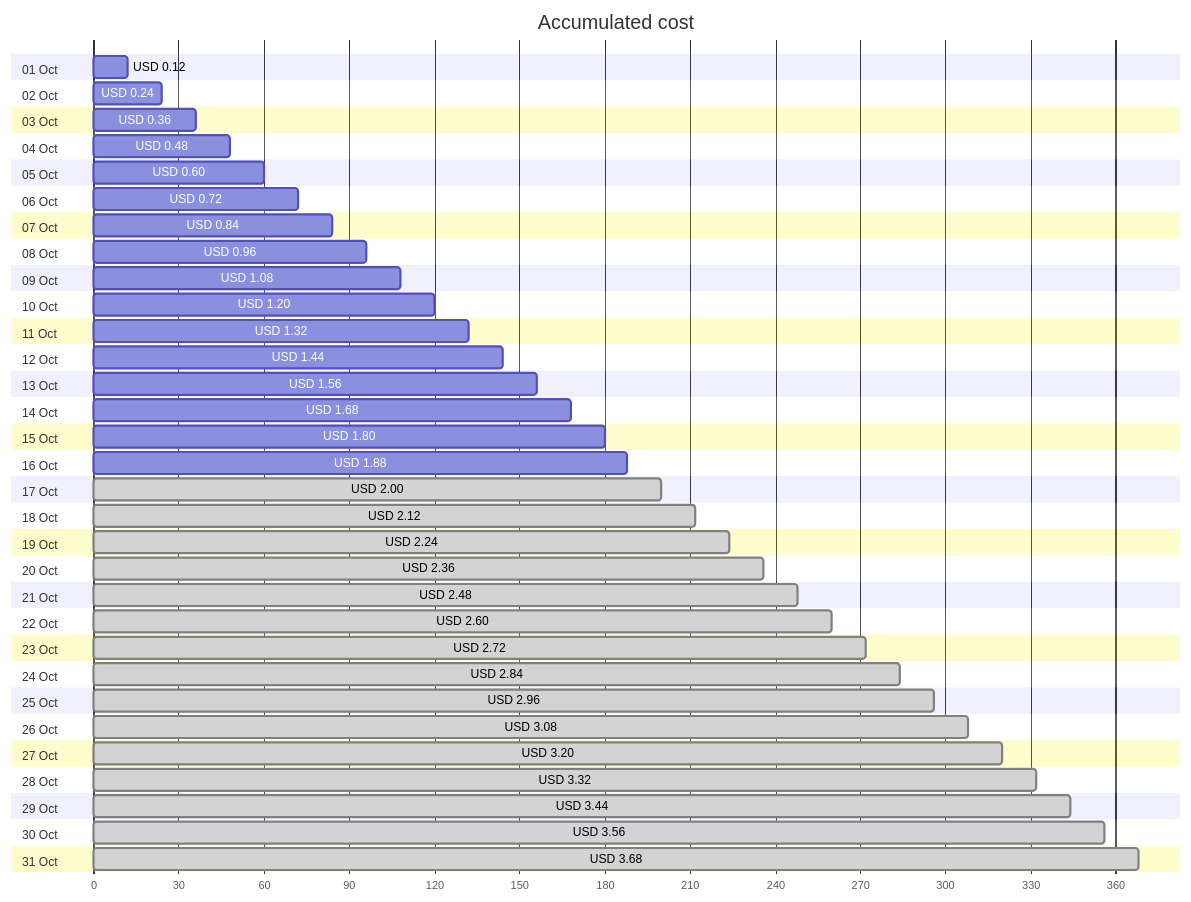
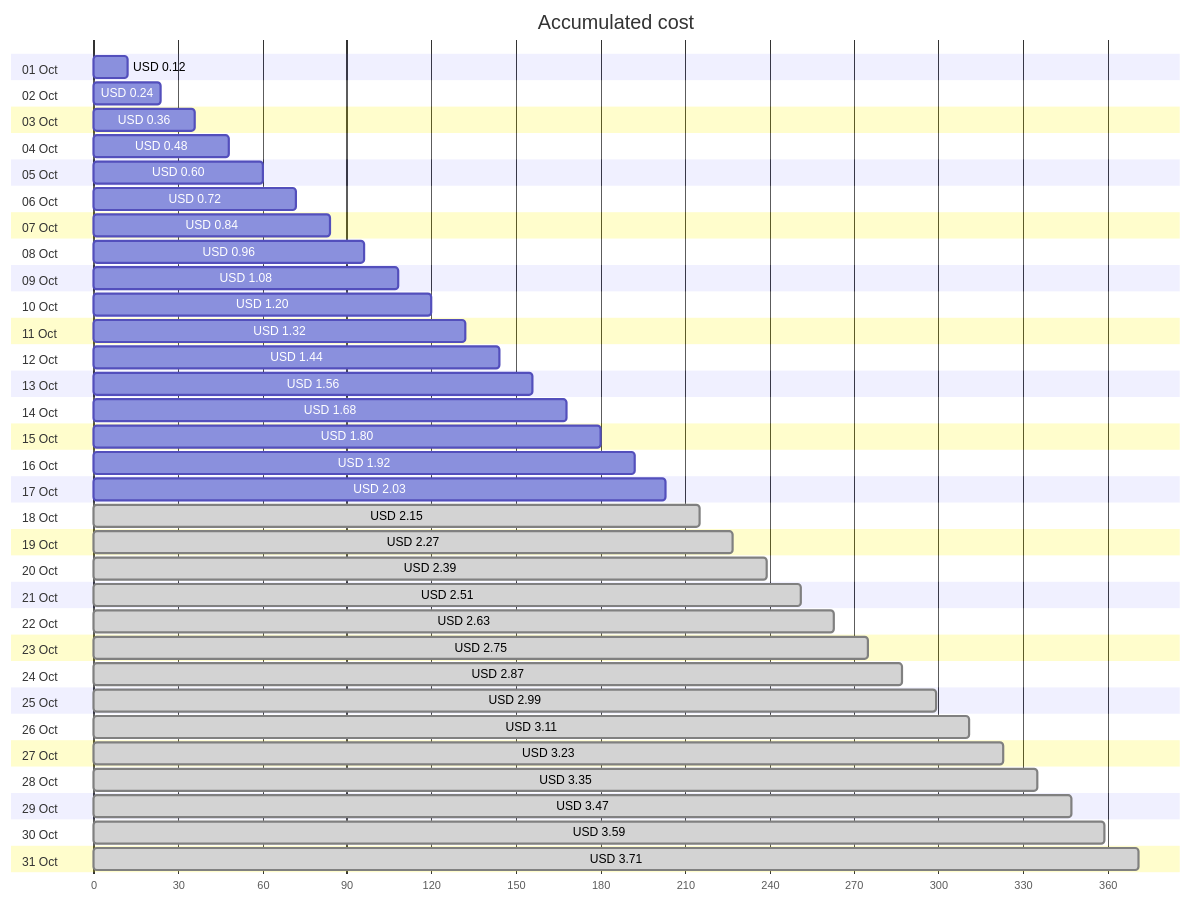
The first of 4 diagrams in cost-reports/personal-network/backup-server-public-ip.md (jpfulton/azure-personal-reports), drawn with Mermaid before and after one commit. The commit also changed other lines of this file and 8 other files, not shown here.

````diff
--- a/cost-reports/personal-network/backup-server-public-ip.md
+++ b/cost-reports/personal-network/backup-server-public-ip.md
@@ -20,68 +20,68 @@
 ```mermaid
 gantt
    title Accumulated cost
    dateFormat  X
    axisFormat %s
    section 01 Oct
    USD 0.12 :0, 12
    section 02 Oct
    USD 0.24 :0, 24
    section 03 Oct
    USD 0.36 :0, 36
    section 04 Oct
    USD 0.48 :0, 48
    section 05 Oct
    USD 0.60 :0, 60
    section 06 Oct
    USD 0.72 :0, 72
    section 07 Oct
    USD 0.84 :0, 84
    section 08 Oct
    USD 0.96 :0, 96
    section 09 Oct
    USD 1.08 :0, 108
    section 10 Oct
    USD 1.20 :0, 120
    section 11 Oct
    USD 1.32 :0, 132
    section 12 Oct
    USD 1.44 :0, 144
    section 13 Oct
    USD 1.56 :0, 156
    section 14 Oct
    USD 1.68 :0, 168
    section 15 Oct
    USD 1.80 :0, 180
    section 16 Oct
-   USD 1.88 :0, 188
+   USD 1.92 :0, 192
    section 17 Oct
-   USD 2.00 : done, 0, 200
+   USD 2.03 :0, 203
    section 18 Oct
-   USD 2.12 : done, 0, 212
+   USD 2.15 : done, 0, 215
    section 19 Oct
-   USD 2.24 : done, 0, 224
+   USD 2.27 : done, 0, 227
    section 20 Oct
-   USD 2.36 : done, 0, 236
+   USD 2.39 : done, 0, 239
    section 21 Oct
-   USD 2.48 : done, 0, 248
+   USD 2.51 : done, 0, 251
    section 22 Oct
-   USD 2.60 : done, 0, 260
+   USD 2.63 : done, 0, 263
    section 23 Oct
-   USD 2.72 : done, 0, 272
+   USD 2.75 : done, 0, 275
    section 24 Oct
-   USD 2.84 : done, 0, 284
+   USD 2.87 : done, 0, 287
    section 25 Oct
-   USD 2.96 : done, 0, 296
+   USD 2.99 : done, 0, 299
    section 26 Oct
-   USD 3.08 : done, 0, 308
+   USD 3.11 : done, 0, 311
    section 27 Oct
-   USD 3.20 : done, 0, 320
+   USD 3.23 : done, 0, 323
    section 28 Oct
-   USD 3.32 : done, 0, 332
+   USD 3.35 : done, 0, 335
    section 29 Oct
-   USD 3.44 : done, 0, 344
+   USD 3.47 : done, 0, 347
    section 30 Oct
-   USD 3.56 : done, 0, 356
+   USD 3.59 : done, 0, 359
    section 31 Oct
-   USD 3.68 : done, 0, 368
+   USD 3.71 : done, 0, 371
 ```
````
